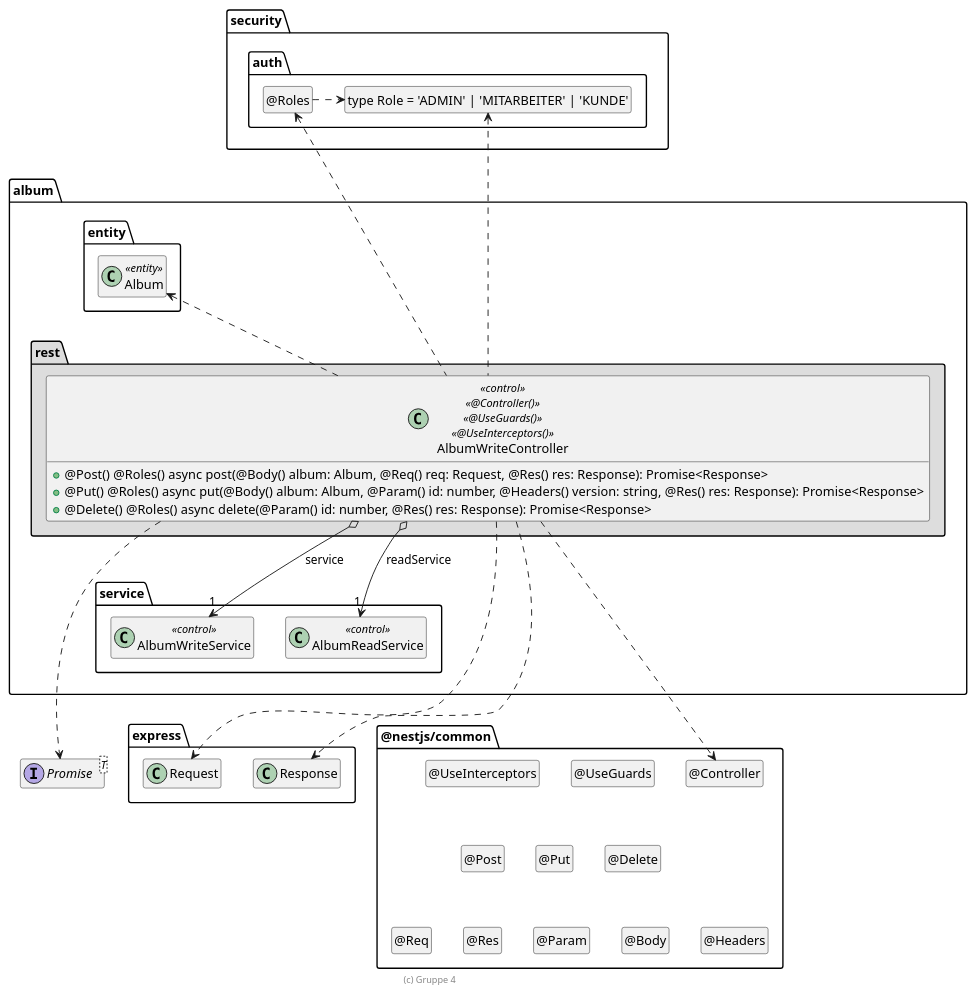
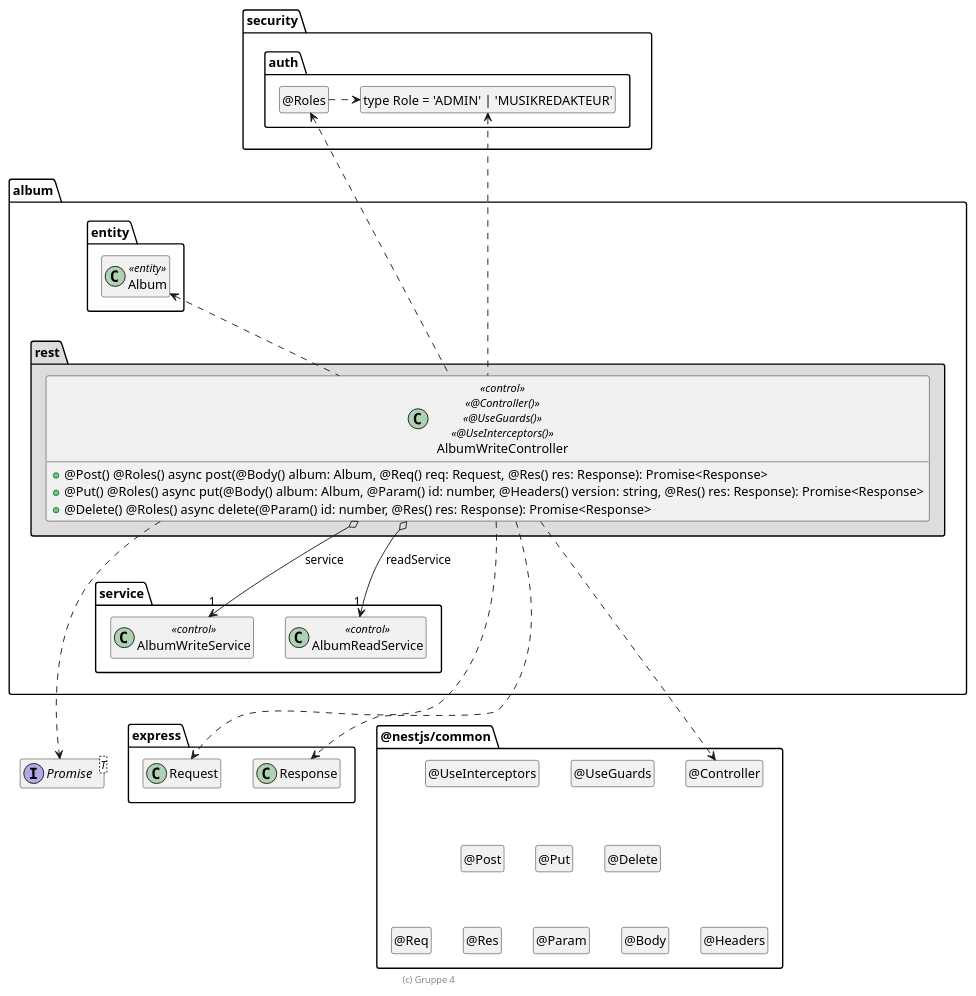
One commit to universalmensch/swe_album changed the diagram in .extras/doc/projekthandbuch/AlbumWriteController.plantuml. Above: the diagram before and after it, drawn with PlantUML. The commit also changed 5 other files, not shown here.

Commit message:
Rollen und Klassendiagramme aktualisiert

```diff
--- a/.extras/doc/projekthandbuch/AlbumWriteController.plantuml
+++ b/.extras/doc/projekthandbuch/AlbumWriteController.plantuml
@@ -3,110 +3,110 @@
 @startuml Controller-Klasse
 
 interface Promise<T>
 
 package @nestjs/common {
   class "@Controller" as Controller
   hide Controller circle
 
   class "@UseGuards" as UseGuards
   hide UseGuards circle
 
   class "@UseInterceptors" as UseInterceptors
   hide UseInterceptors circle
 
   class "@Post" as Post
   hide Post circle
 
   class "@Put" as Put
   hide Put circle
 
   class "@Delete" as Delete
   hide Delete circle
 
   class "@Req" as Req
   hide Req circle
 
   class "@Res" as Res
   hide Res circle
 
   class "@Param" as Param
   hide Param circle
 
   class "@Body" as Body
   hide Body circle
 
   class "@Headers" as Headers
   hide Headers circle
 
   UseInterceptors .[hidden].> Post
   UseInterceptors .[hidden].> Put
   UseInterceptors .[hidden].> Delete
 
   Post .[hidden].> Req
   Post .[hidden].> Res
   Post .[hidden].> Param
   Post .[hidden].> Body
   Post .[hidden].> Headers
 }
 
 package express {
   class Request
   class Response
 
   Response .right[hidden].> Controller
 }
 
 package security.auth {
-  class "type Role = 'ADMIN' | 'MITARBEITER' | 'KUNDE'" as Role
+  class "type Role = 'ADMIN' | 'MUSIKREDAKTEUR'" as Role
   hide Role circle
 
   class "@Roles" as Roles
   hide Roles circle
 
   Roles .right.> Role
 }
 
 package album {
   package entity #FFFFFF {
     class Album <<entity>>
 
     Album .[hidden].> Promise
     Album .[hidden].> Request
   }
 
   package service {
     class AlbumWriteService << control >>
     class AlbumReadService << control >>
   }
 
   package rest #DDDDDD {
     class AlbumWriteController << control >> << @Controller() >> << @UseGuards() >> << @UseInterceptors() >> {
       + @Post() @Roles() async post(@Body() album: Album, @Req() req: Request,  @Res() res: Response): Promise<Response>
       + @Put() @Roles() async put(@Body() album: Album, @Param() id: number, @Headers() version: string, @Res() res: Response): Promise<Response>
       + @Delete() @Roles() async delete(@Param() id: number, @Res() res: Response): Promise<Response>
     }
 
     AlbumWriteController o--> "1" AlbumWriteService : service
     AlbumWriteController o--> "1" AlbumReadService : readService
     AlbumWriteController ..up> Album
 
     AlbumWriteController ..> Controller
 
     AlbumWriteController .up.> Roles
     AlbumWriteController .up.> Role
 
     AlbumWriteController ..> Request
     AlbumWriteController ..> Response
     AlbumWriteController ..> Promise
 
     Album .up[hidden].> Roles
     AlbumWriteService .[hidden].> Request
     AlbumWriteService .[hidden].> Promise
   }
 }
 
 hide empty members
 
 footer (c) Gruppe 4
 
 @enduml
```
